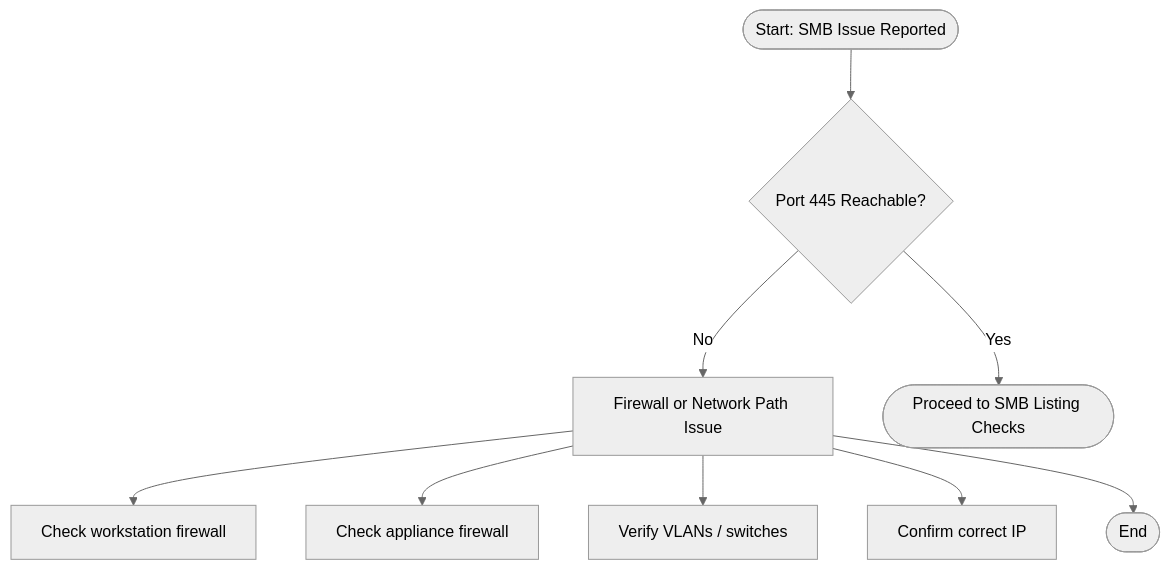
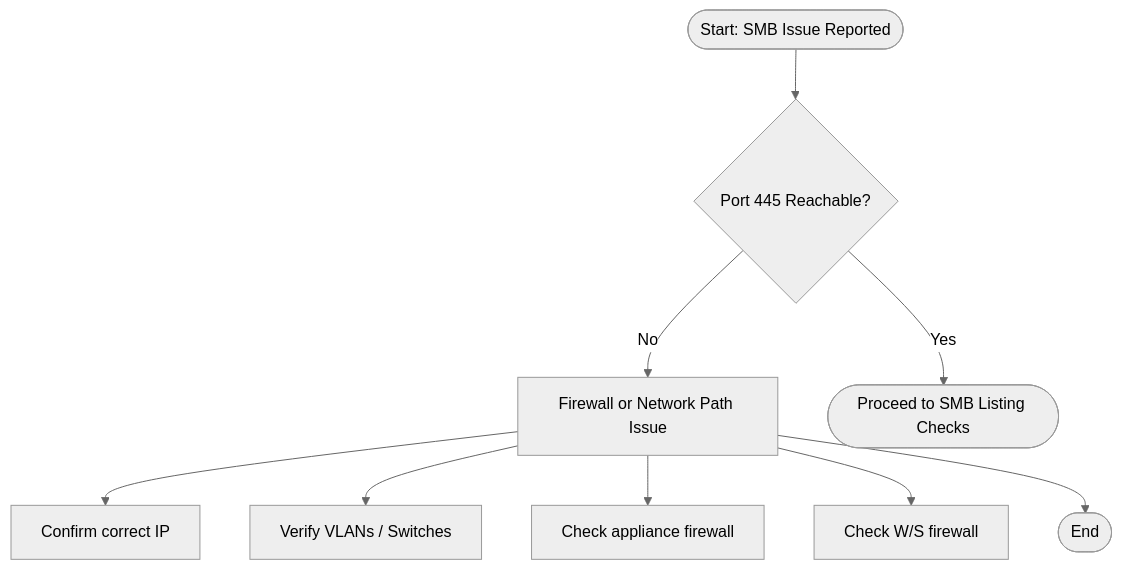
Before and after one commit to rikosintie/Haas_Data_collect: the first of 4 diagrams in docs/appendices/appendix-g.md, drawn with Mermaid (neutral theme). The commit also changed other lines of this file, not shown here.

````diff
--- a/docs/appendices/appendix-g.md
+++ b/docs/appendices/appendix-g.md
@@ -5,14 +5,14 @@
 ```mermaid
 flowchart TD
 
 A([Start: SMB Issue Reported]) --> B{Port 445 Reachable?}
 
 B -->|No| B1[Firewall or Network Path Issue]
-B1 --> B1a[Check workstation firewall]
-B1 --> B1b[Check appliance firewall]
-B1 --> B1c[Verify VLANs / switches]
-B1 --> B1d[Confirm correct IP]
+B1 --> B1a[Confirm correct IP]
+B1 --> B1b[Verify VLANs / Switches]
+B1 --> B1c[Check appliance firewall]
+B1 --> B1d[Check W/S firewall]
 B1 --> Z([End])
 
 B -->|Yes| C([Proceed to SMB Listing Checks])
 ```
````
